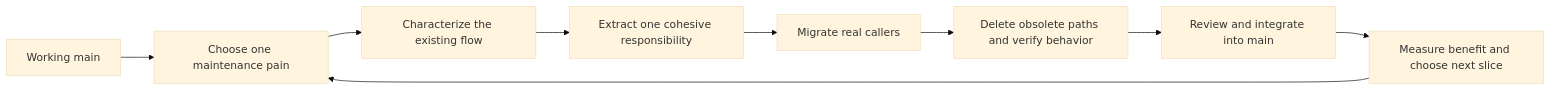
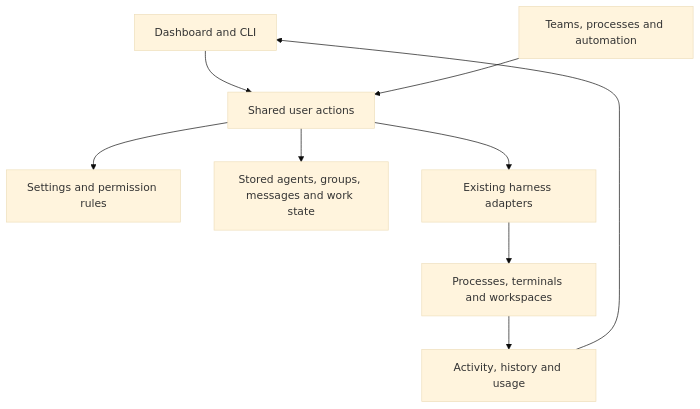
Before and after one commit to tofutools/tclaude: the diagram in docs/v2-plan-and-ideas/README.md, drawn with Mermaid (base theme). The commit also changed other lines of this file and 4 other files, not shown here.

Commit message:
docs: explain exploratory architecture through user actions

````diff
--- a/docs/v2-plan-and-ideas/README.md
+++ b/docs/v2-plan-and-ideas/README.md
@@ -36,11 +65,11 @@
 ```mermaid
-flowchart LR
-    A[Working main] --> B[Choose one maintenance pain]
-    B --> C[Characterize the existing flow]
-    C --> D[Extract one cohesive responsibility]
-    D --> E[Migrate real callers]
-    E --> F[Delete obsolete paths and verify behavior]
-    F --> G[Review and integrate into main]
-    G --> H[Measure benefit and choose next slice]
-    H --> B
+flowchart TD
+    UI[Dashboard and CLI] --> Actions[Shared user actions]
+    Work[Teams, processes and automation] --> Actions
+    Actions --> Settings[Settings and permission rules]
+    Actions --> Data[Stored agents, groups, messages and work state]
+    Actions --> Harness[Existing harness adapters]
+    Harness --> Runtime[Processes, terminals and workspaces]
+    Runtime --> Reports[Activity, history and usage]
+    Reports --> UI
 ```
````
